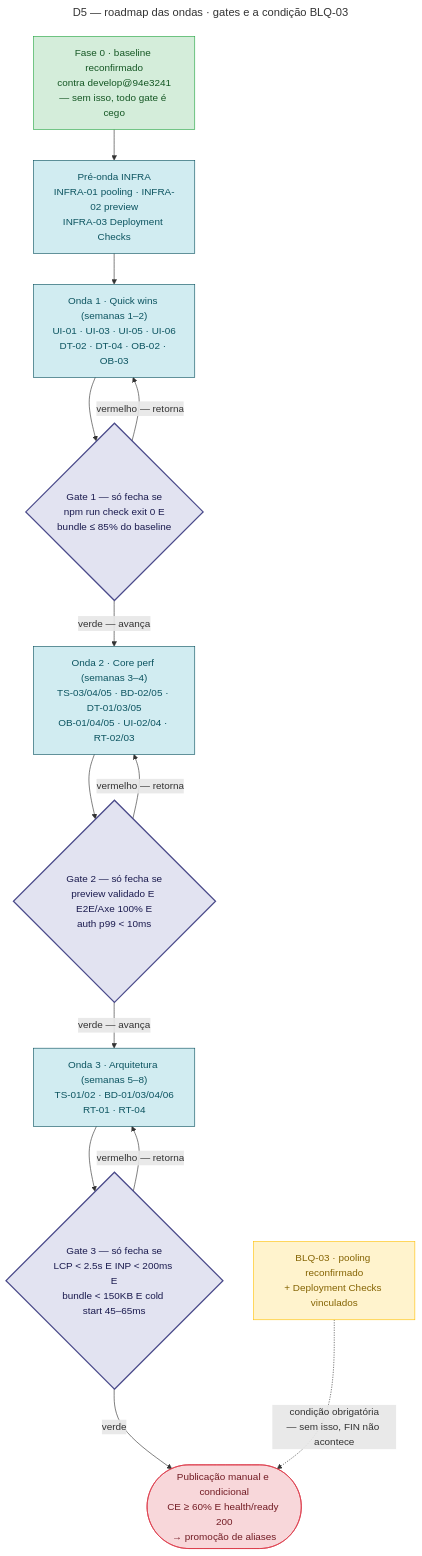
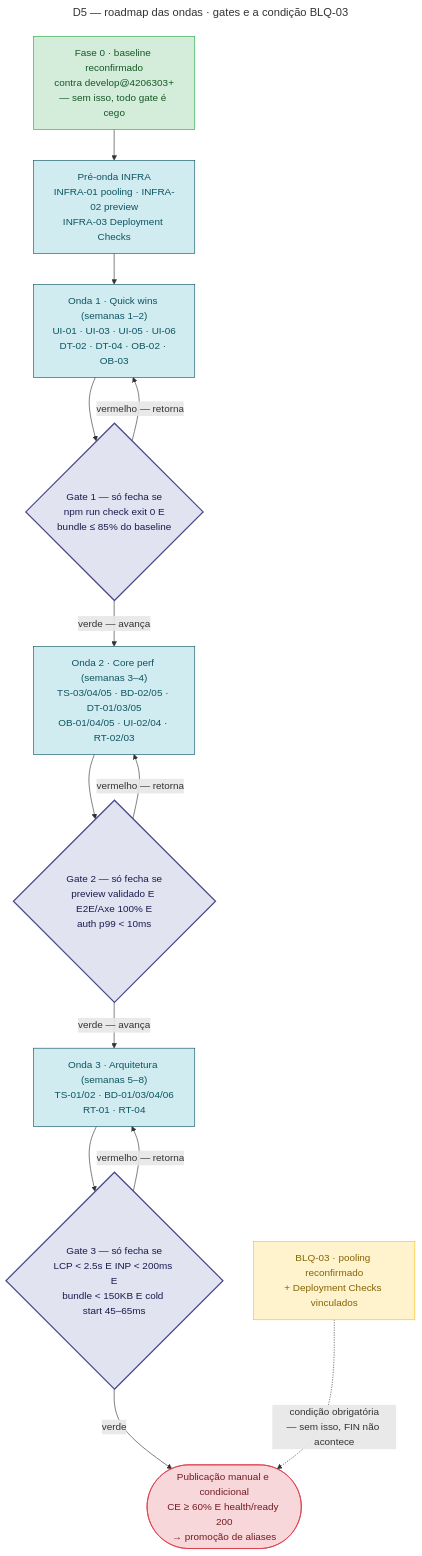
Before and after one commit to Douglas0101/preco-que-da-lucro: the fifth of 10 diagrams in docs/MAPA-OPERACIONAL.md, drawn with Mermaid. The commit also changed other lines of this file and 357 other files, not shown here.

````diff
--- a/docs/MAPA-OPERACIONAL.md
+++ b/docs/MAPA-OPERACIONAL.md
@@ -321,46 +326,46 @@
 ```mermaid
 ---
 title: "D5 — roadmap das ondas · gates e a condição BLQ-03"
 ---
 flowchart TD
     %% Cada gate existe para impedir que a onda seguinte comece sem base verificada.
     %% BLQ-03 (pooling + Deployment Checks) NÃO é uma onda — é condição de saída.
 
-    F0["Fase 0 · baseline reconfirmado<br/>contra develop@94e3241<br/>— sem isso, todo gate é cego"]
+    F0["Fase 0 · baseline reconfirmado<br/>contra develop@4206303+<br/>— sem isso, todo gate é cego"]
     PRE["Pré-onda INFRA<br/>INFRA-01 pooling · INFRA-02 preview<br/>INFRA-03 Deployment Checks"]
     O1["Onda 1 · Quick wins (semanas 1–2)<br/>UI-01 · UI-03 · UI-05 · UI-06<br/>DT-02 · DT-04 · OB-02 · OB-03"]
     O2["Onda 2 · Core perf (semanas 3–4)<br/>TS-03/04/05 · BD-02/05 · DT-01/03/05<br/>OB-01/04/05 · UI-02/04 · RT-02/03"]
     O3["Onda 3 · Arquitetura (semanas 5–8)<br/>TS-01/02 · BD-01/03/04/06<br/>RT-01 · RT-04"]
 
     G1{"Gate 1 — só fecha se<br/>npm run check exit 0 E<br/>bundle ≤ 85% do baseline"}
     G2{"Gate 2 — só fecha se<br/>preview validado E E2E/Axe 100% E<br/>auth p99 < 10ms"}
     G3{"Gate 3 — só fecha se<br/>LCP < 2.5s E INP < 200ms E<br/>bundle < 150KB E cold start 45–65ms"}
 
     BLQ3["BLQ-03 · pooling reconfirmado<br/>+ Deployment Checks vinculados"]
     FIN(["Publicação manual e condicional<br/>CE ≥ 60% E health/ready 200<br/>→ promoção de aliases"])
 
     F0 --> PRE
     PRE --> O1
     O1 --> G1
     G1 -->|"verde — avança"| O2
     G1 -->|"vermelho — retorna"| O1
     O2 --> G2
     G2 -->|"verde — avança"| O3
     G2 -->|"vermelho — retorna"| O2
     O3 --> G3
     G3 -->|"verde"| FIN
     G3 -->|"vermelho — retorna"| O3
     BLQ3 -.->|"condição obrigatória<br/>— sem isso, FIN não acontece"| FIN
 
     classDef gate fill:#e2e3f1,stroke:#4a4a8a,color:#1a1a4e,stroke-width:2px
     classDef onda fill:#d1ecf1,stroke:#0c5460,color:#0c5460
     classDef condicao fill:#fff3cd,stroke:#ffc107,color:#856404
     classDef publicacao fill:#f8d7da,stroke:#dc3545,color:#721c24
     classDef baseline fill:#d4edda,stroke:#28a745,color:#155724
 
     class G1,G2,G3 gate
     class O1,O2,O3,PRE onda
     class BLQ3 condicao
     class FIN publicacao
     class F0 baseline
 ```
````
